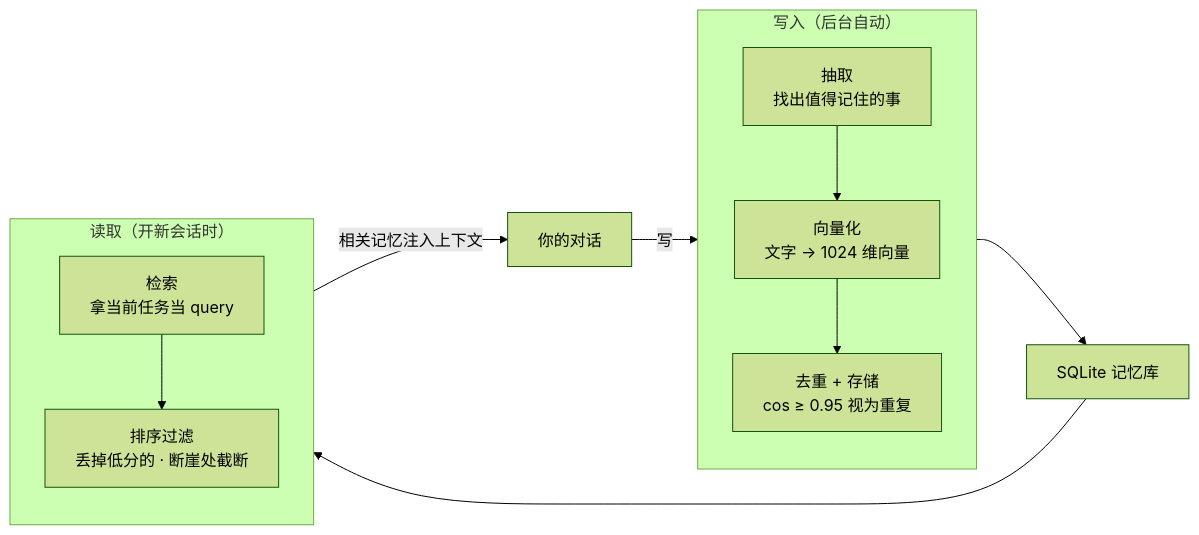
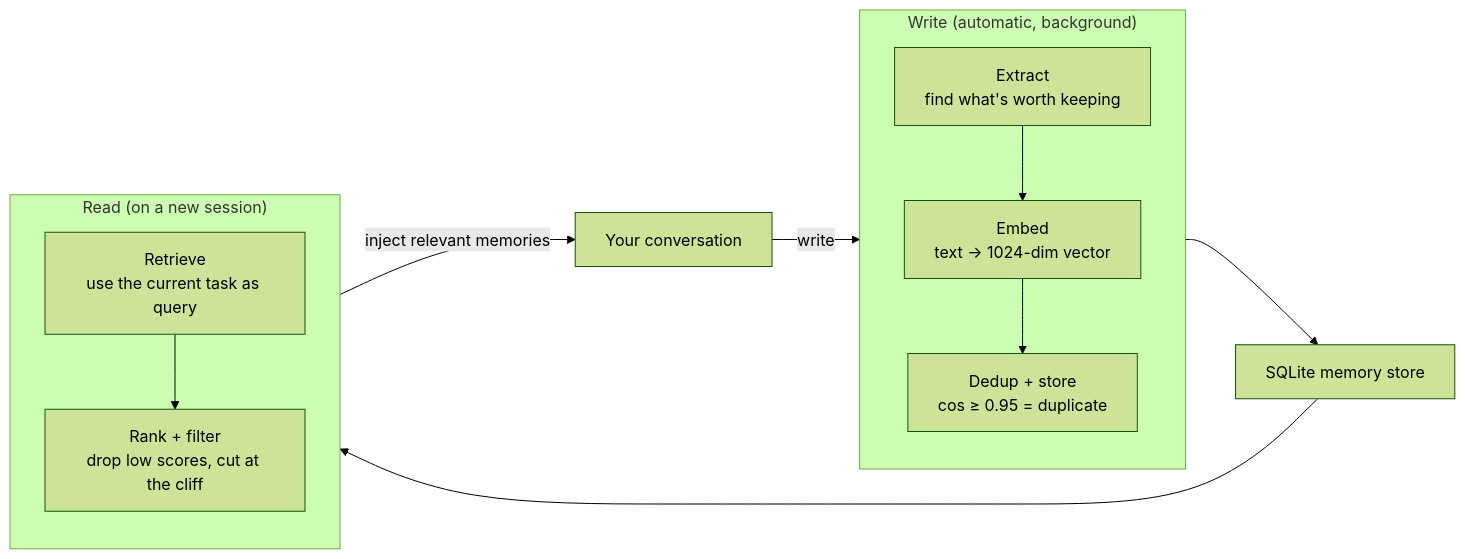
Before and after one commit to MoeWang-ys/pi-memory: the diagram in README.md, drawn with Mermaid (forest theme). The commit also changed other lines of this file and 7 other files, not shown here.

First line of the commit message:
中英文双语 README + 英文版插图

````diff
--- a/README.md
+++ b/README.md
@@ -40,22 +42,22 @@
 ```mermaid
 flowchart LR
-    C["你的对话"]
-    subgraph W["写入（后台自动）"]
+    C["Your conversation"]
+    subgraph W["Write (automatic, background)"]
         direction TB
-        E1["抽取<br/>找出值得记住的事"]
-        E2["向量化<br/>文字 → 1024 维向量"]
-        E3["去重 + 存储<br/>cos ≥ 0.95 视为重复"]
+        E1["Extract<br/>find what's worth keeping"]
+        E2["Embed<br/>text → 1024-dim vector"]
+        E3["Dedup + store<br/>cos ≥ 0.95 = duplicate"]
         E1 --> E2 --> E3
     end
-    subgraph R["读取（开新会话时）"]
+    subgraph R["Read (on a new session)"]
         direction TB
-        R1["检索<br/>拿当前任务当 query"]
-        R2["排序过滤<br/>丢掉低分的 · 断崖处截断"]
+        R1["Retrieve<br/>use the current task as query"]
+        R2["Rank + filter<br/>drop low scores, cut at the cliff"]
         R1 --> R2
     end
-    DB["SQLite 记忆库"]
-    C -->|写| E1
+    DB["SQLite memory store"]
+    C -->|write| E1
     E3 --> DB
     DB --> R1
-    R2 -->|相关记忆注入上下文| C
+    R2 -->|inject relevant memories| C
 ```
````
